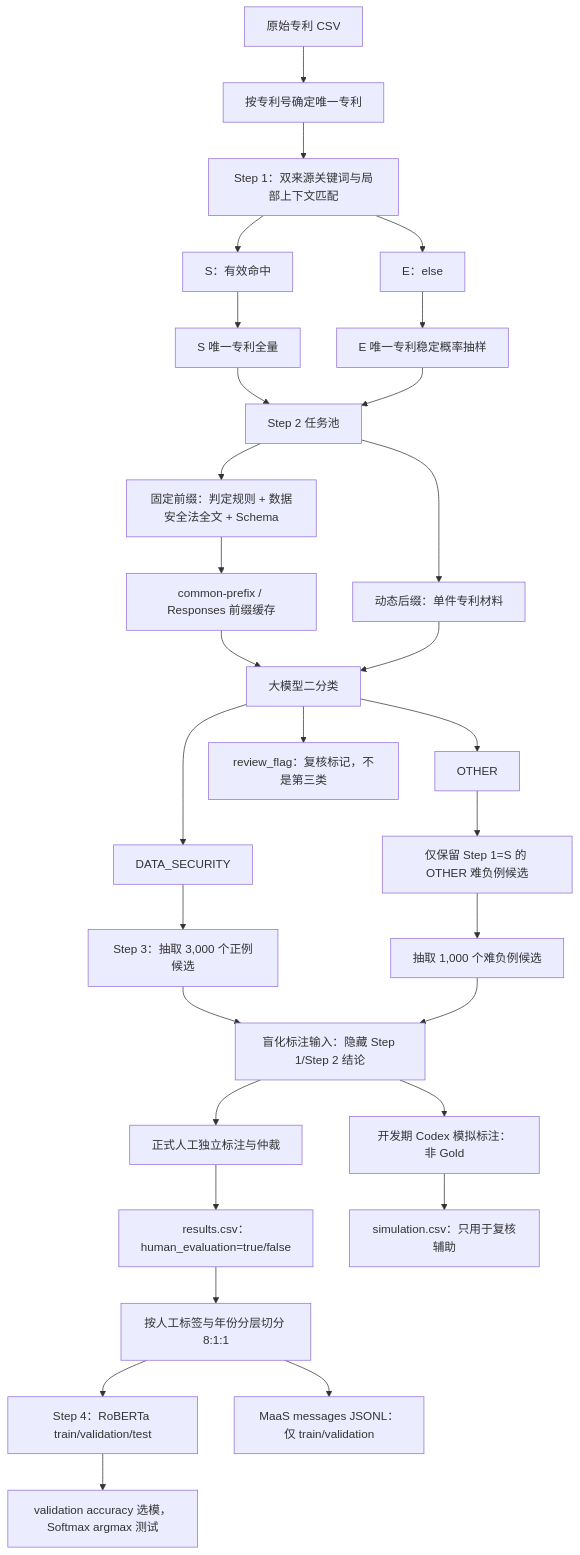
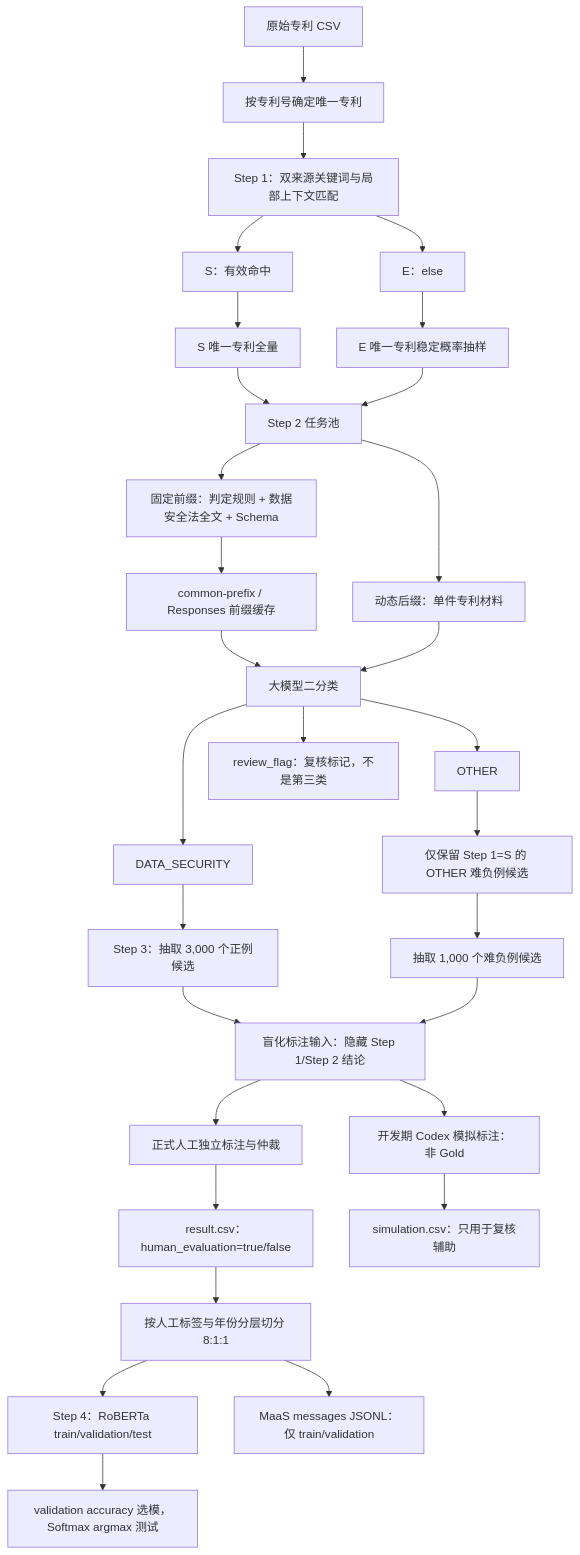
One commit to icy-swan/patent-data-security changed the diagram in docs/patent_identification_methodology.md. Above: the diagram before and after it, drawn with Mermaid. The commit also changed other lines of this file and 18 other files, not shown here.

````diff
--- a/docs/patent_identification_methodology.md
+++ b/docs/patent_identification_methodology.md
@@ -74,32 +74,32 @@
 ```mermaid
 flowchart TB
     A["原始专利 CSV"] --> DEDUP["按专利号确定唯一专利"]
     DEDUP --> K["Step 1：双来源关键词与局部上下文匹配"]
     K --> S["S：有效命中"]
     K --> E["E：else"]
     S --> SA["S 唯一专利全量"]
     E --> ES["E 唯一专利稳定概率抽样"]
     SA --> Q["Step 2 任务池"]
     ES --> Q
     Q --> P["固定前缀：判定规则 + 数据安全法全文 + Schema"]
     Q --> X["动态后缀：单件专利材料"]
     P --> CACHE["common-prefix / Responses 前缀缓存"]
     CACHE --> LLM["大模型二分类"]
     X --> LLM
     LLM --> DS["DATA_SECURITY"]
     LLM --> O["OTHER"]
     LLM --> REVIEW["review_flag：复核标记，不是第三类"]
     DS --> POS["Step 3：抽取 3,000 个正例候选"]
     O --> HARD["仅保留 Step 1=S 的 OTHER 难负例候选"]
     HARD --> NEG["抽取 1,000 个难负例候选"]
     POS --> BLIND["盲化标注输入：隐藏 Step 1/Step 2 结论"]
     NEG --> BLIND
     BLIND --> HUMAN["正式人工独立标注与仲裁"]
     BLIND --> CODEX["开发期 Codex 模拟标注：非 Gold"]
-    HUMAN --> RESULTS["results.csv：human_evaluation=true/false"]
+    HUMAN --> RESULTS["result.csv：human_evaluation=true/false"]
     CODEX --> SIMULATION["simulation.csv：只用于复核辅助"]
     RESULTS --> SPLIT["按人工标签与年份分层切分 8:1:1"]
     SPLIT --> RDATA["Step 4：RoBERTa train/validation/test"]
     RDATA --> ROBERTA["validation accuracy 选模，Softmax argmax 测试"]
     SPLIT --> SFT["MaaS messages JSONL：仅 train/validation"]
 ```
````
